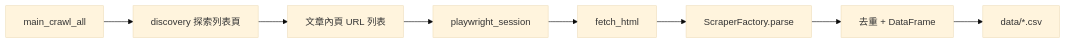
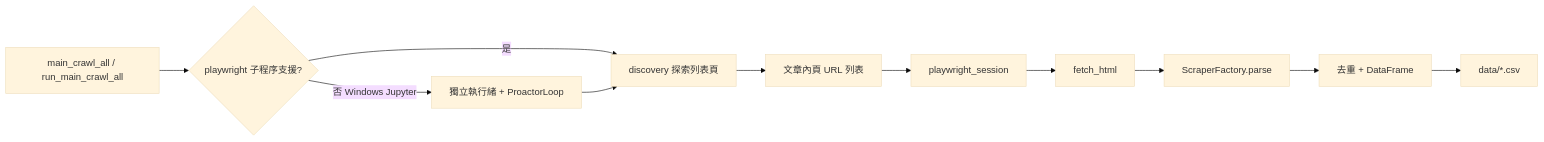
The diagram in README.md (HunterWu271/cursor_crawler_4_papers), drawn with Mermaid (base theme) before and after one commit. The commit also changed other lines of this file and 2 other files, not shown here.

Commit message:
fix: Windows 版 Jupyter Notebook 與 Playwrigth相容性的問題

````diff
--- a/README.md
+++ b/README.md
@@ -61,10 +63,13 @@
 ```mermaid
 flowchart LR
-    A[main_crawl_all] --> B[discovery 探索列表頁]
-    B --> C[文章內頁 URL 列表]
-    C --> D[playwright_session]
-    D --> E[fetch_html]
-    E --> F[ScraperFactory.parse]
-    F --> G[去重 + DataFrame]
-    G --> H[data/*.csv]
+    A[main_crawl_all / run_main_crawl_all] --> B{playwright 子程序支援?}
+    B -->|否 Windows Jupyter| C[獨立執行緒 + ProactorLoop]
+    B -->|是| D[discovery 探索列表頁]
+    C --> D
+    D --> E[文章內頁 URL 列表]
+    E --> F[playwright_session]
+    F --> G[fetch_html]
+    G --> H[ScraperFactory.parse]
+    H --> I[去重 + DataFrame]
+    I --> J[data/*.csv]
 ```
````
